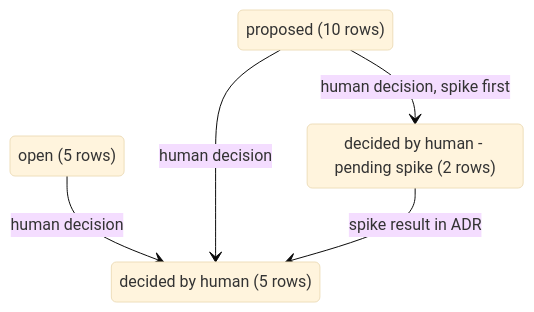
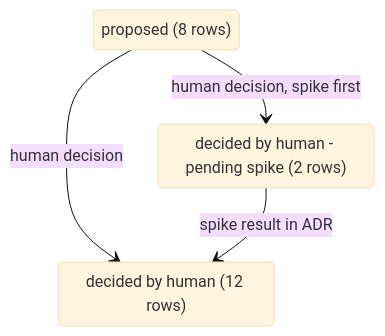
One commit to virgenherrera/lan-solution-template changed the third of 5 diagrams in docs/roadmap/PROPOSAL.md. Above: the diagram before and after it, drawn with Mermaid (base theme). The commit also changed other lines of this file and 5 other files, not shown here.

````diff
--- a/docs/roadmap/PROPOSAL.md
+++ b/docs/roadmap/PROPOSAL.md
@@ -96,11 +96,9 @@
 ```mermaid
 stateDiagram-v2
-    state "proposed (10 rows)" as proposed
-    state "decided by human (5 rows)" as human_decision
+    state "proposed (8 rows)" as proposed
+    state "decided by human (12 rows)" as human_decision
     state "decided by human - pending spike (2 rows)" as pending_spike
-    state "open (5 rows)" as open_q
-    open_q --> human_decision : human decision
     proposed --> human_decision : human decision
     proposed --> pending_spike : human decision, spike first
     pending_spike --> human_decision : spike result in ADR
 ```
````
